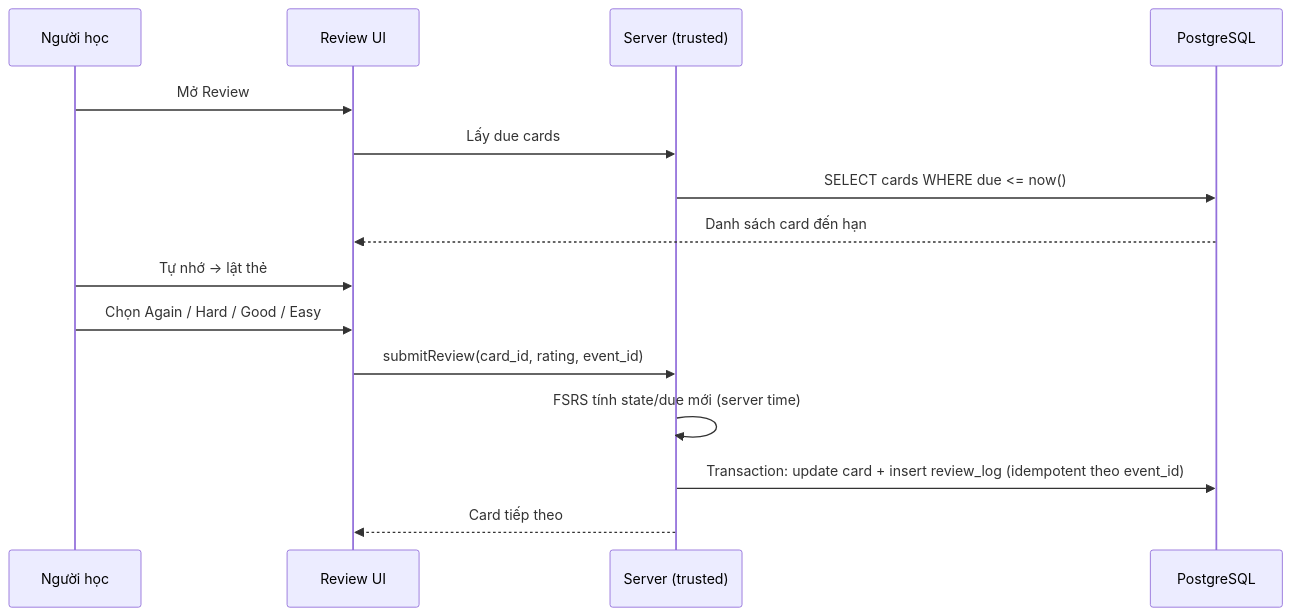
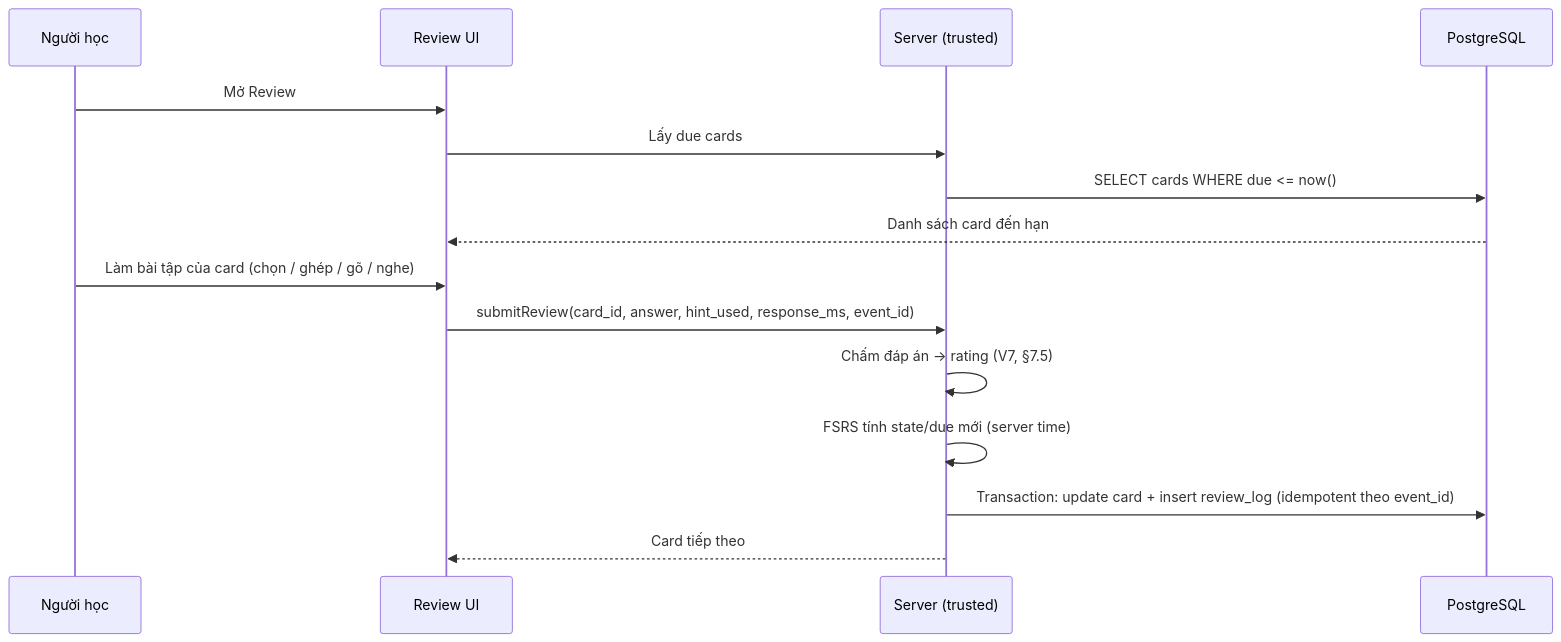
Before and after one commit to Pabh3725/japanese-learning-app: the fourth of 6 diagrams in docs/PROJECT_SPEC.md, drawn with Mermaid. The commit also changed other lines of this file and 1 other file, not shown here.

````diff
--- a/docs/PROJECT_SPEC.md
+++ b/docs/PROJECT_SPEC.md
@@ -514,17 +553,17 @@
 ```mermaid
 sequenceDiagram
     participant U as Người học
     participant UI as Review UI
     participant S as Server (trusted)
     participant DB as PostgreSQL
     U->>UI: Mở Review
     UI->>S: Lấy due cards
     S->>DB: SELECT cards WHERE due <= now()
     DB-->>UI: Danh sách card đến hạn
-    U->>UI: Tự nhớ → lật thẻ
-    U->>UI: Chọn Again / Hard / Good / Easy
-    UI->>S: submitReview(card_id, rating, event_id)
+    U->>UI: Làm bài tập của card (chọn / ghép / gõ / nghe)
+    UI->>S: submitReview(card_id, answer, hint_used, response_ms, event_id)
+    S->>S: Chấm đáp án → rating (V7, §7.5)
     S->>S: FSRS tính state/due mới (server time)
     S->>DB: Transaction: update card + insert review_log (idempotent theo event_id)
     S-->>UI: Card tiếp theo
 ```
````
